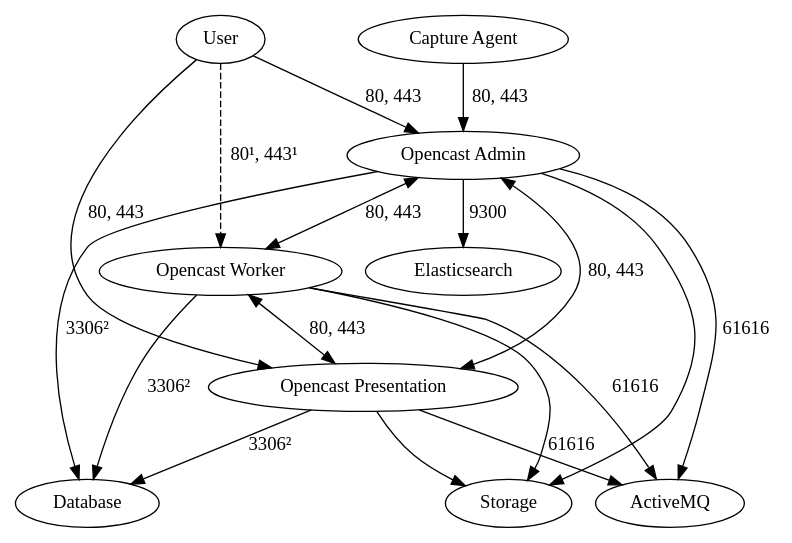
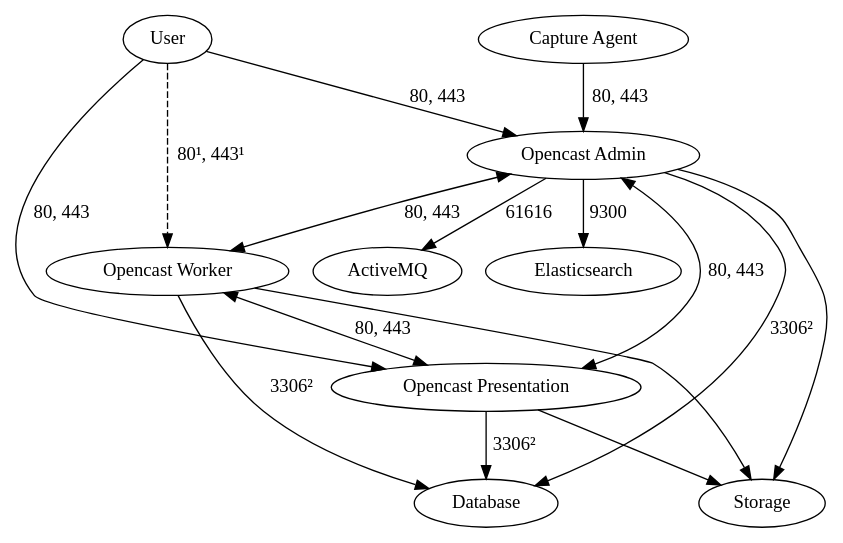
The diagram in docs/guides/admin/docs/configuration/firewall.md (opencast/opencast), drawn with Graphviz before and after one commit. The commit also changed other lines of this file, not shown here.

````diff
--- a/docs/guides/admin/docs/configuration/firewall.md
+++ b/docs/guides/admin/docs/configuration/firewall.md
@@ -23,31 +22,29 @@
 ```graphviz dot network.png
 digraph G {
   user[label = "User"];
   activemq[label = "ActiveMQ"];
   oc1[label = "Opencast Admin"];
   oc2[label = "Opencast Worker"];
   oc3[label = "Opencast Presentation"];
   db[label = "Database"];
   es[label = "Elasticsearch"];
   storage[label = "Storage"];
   ca[label = "Capture Agent"];
 
   user -> oc1 [label = "80, 443"];
   user -> oc2 [style = "dashed", label = "80¹, 443¹"];
   user -> oc3 [label = "80, 443"];
   oc1 -> oc2 [dir = "both", label = "80, 443"];
   oc2 -> oc3 [dir = "both", label = "80, 443"];
   oc3 -> oc1 [dir = "both", label = "80, 443"];
   oc1 -> db [label = "3306²"];
   oc2 -> db [label = "3306²"];
   oc3 -> db [label = "3306²"];
   oc1 -> activemq [label = "61616"];
-  oc2 -> activemq [label = "61616"];
-  oc3 -> activemq [label = "61616"];
   oc1 -> es[label = "9300"];
   oc1 -> storage;
   oc2 -> storage;
   oc3 -> storage;
   ca -> oc1[label = "80, 443"];
 }
 ```
````
